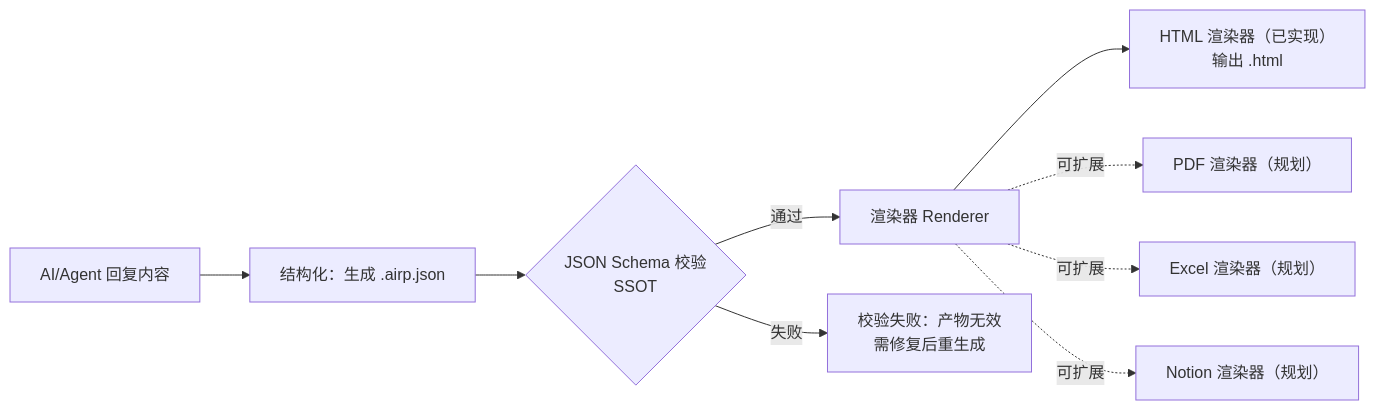
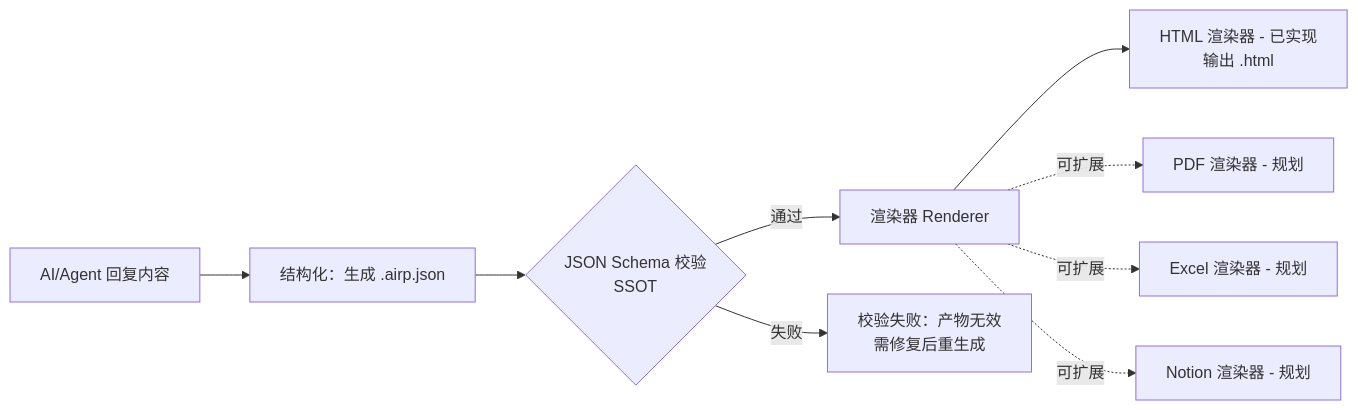
One commit to maosong-ai/airp changed the diagram in README.cn.md. Above: the diagram before and after it, drawn with Mermaid. The commit also changed 2 other files, not shown here.

Commit message:
fix: README Mermaid flowchart for GitHub and Cursor
Replace parentheses in node labels with dashes so GitHub's parser
does not fail and Cursor Markdown preview can render the diagram.

````diff
--- a/README.cn.md
+++ b/README.cn.md
@@ -29,11 +29,11 @@
 ```mermaid
 flowchart LR
   A[AI/Agent 回复内容] --> B[结构化：生成 .airp.json]
   B --> C{JSON Schema 校验<br/>SSOT}
   C -- 通过 --> D[渲染器 Renderer]
   C -- 失败 --> E[校验失败：产物无效<br/>需修复后重生成]
-  D --> H[HTML 渲染器（已实现）<br/>输出 .html]
-  D -. 可扩展 .-> P[PDF 渲染器（规划）]
-  D -. 可扩展 .-> X[Excel 渲染器（规划）]
-  D -. 可扩展 .-> N[Notion 渲染器（规划）]
+  D --> H[HTML 渲染器 - 已实现<br/>输出 .html]
+  D -. 可扩展 .-> P[PDF 渲染器 - 规划]
+  D -. 可扩展 .-> X[Excel 渲染器 - 规划]
+  D -. 可扩展 .-> N[Notion 渲染器 - 规划]
 ```
````
